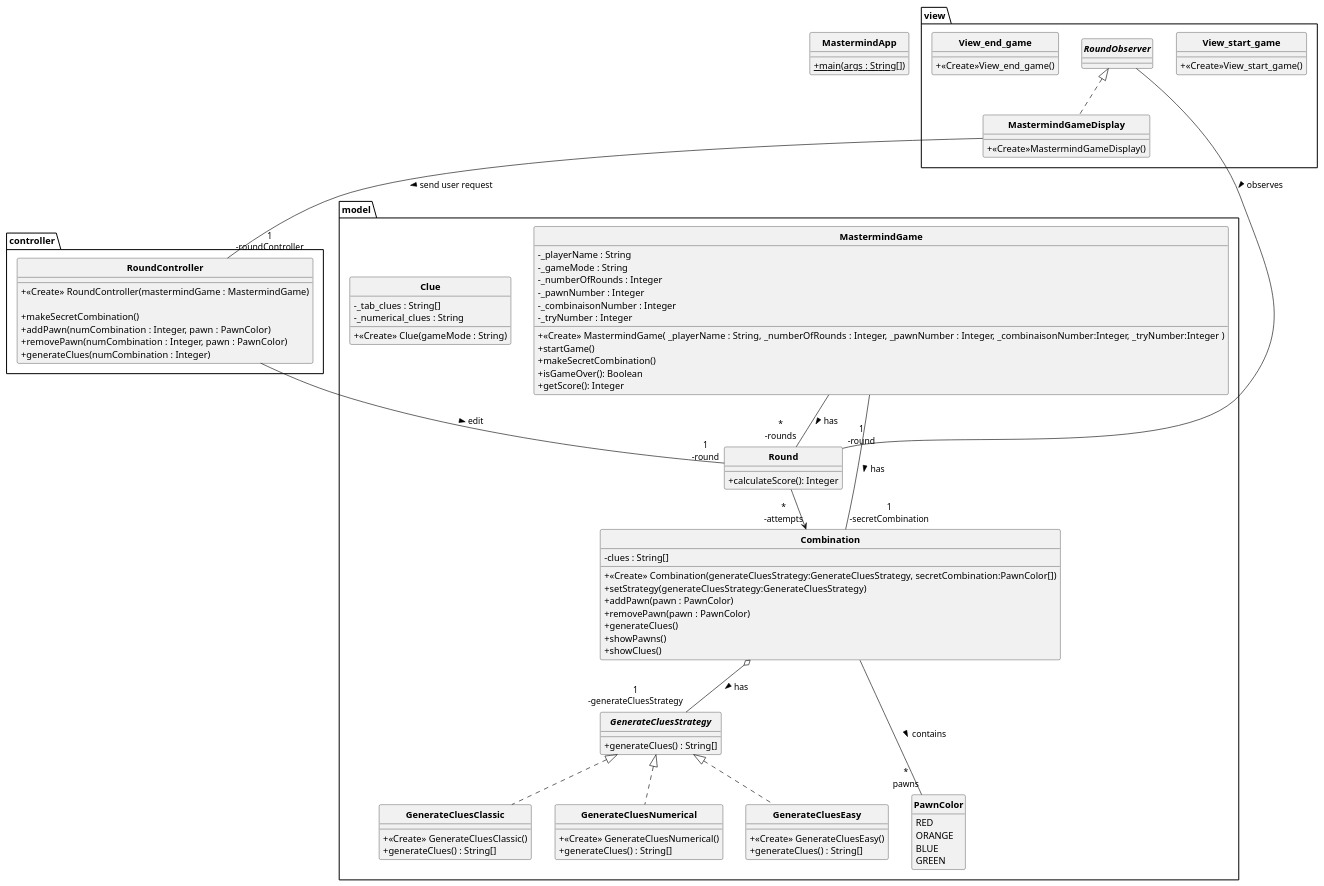
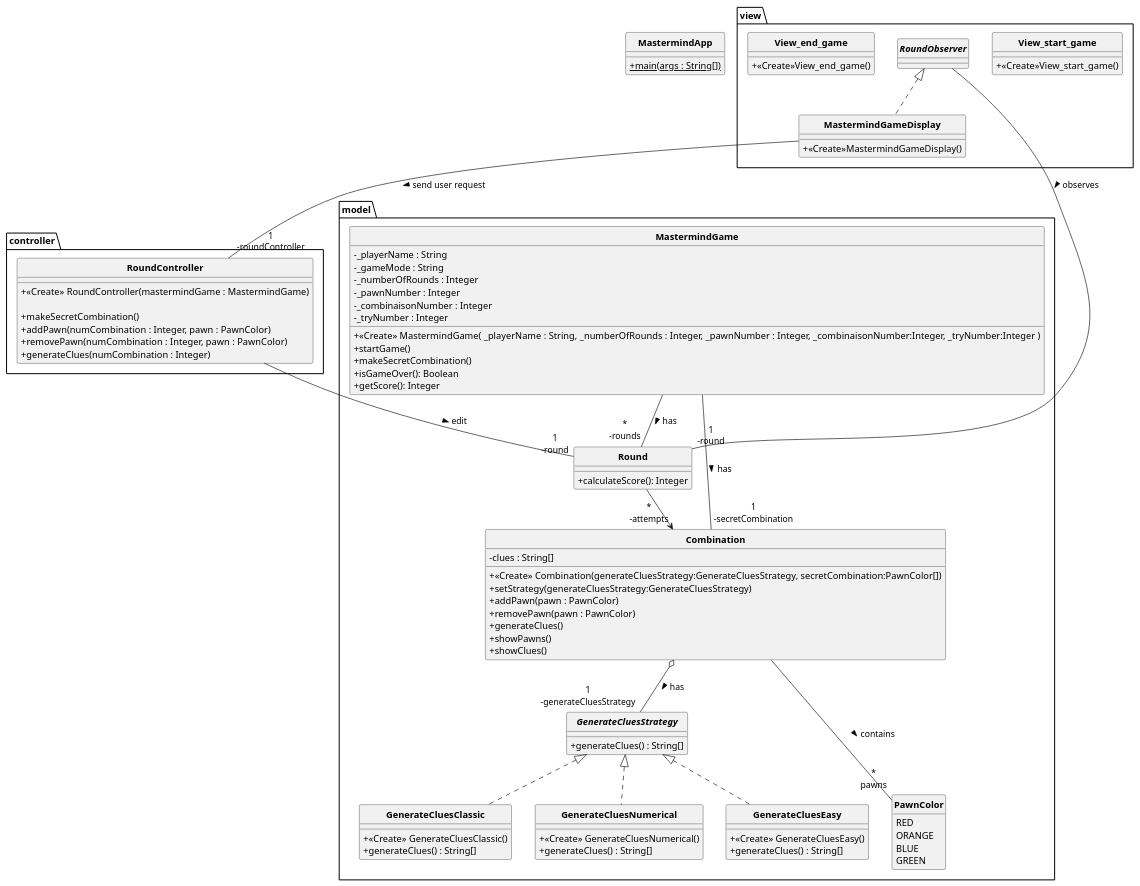
Before and after one commit to karimelkaid/Mastermind: the diagram in out/production/a31-mastermind/UML/DC.puml, drawn with PlantUML. The commit also changed 9 other files, not shown here.

```diff
--- a/out/production/a31-mastermind/UML/DC.puml
+++ b/out/production/a31-mastermind/UML/DC.puml
@@ -1,139 +1,131 @@
 @startuml
 'https://plantuml.com/class-diagram
 
 skinparam style strictuml
 skinparam classAttributeIconSize 0
 skinparam classFontStyle Bold
 hide enum methods
 
 class MastermindApp{
     + {static} main(args : String[])
 }
 
 ' ICI METTRE QUE LE MastermindApp INSTANCIE LES CLASSES ETC...
 
 
 package view{
     class View_start_game{
         + <<Create>>View_start_game()
     }
 
     class MastermindGameDisplay implements RoundObserver{
         + <<Create>>MastermindGameDisplay()
     }
 
     class View_end_game{
         + <<Create>>View_end_game()
     }
 
     interface RoundObserver{
 
     }
 }
 
 package model{
     class MastermindGame {
     - _playerName : String
     - _gameMode : String
     - _numberOfRounds : Integer
     - _pawnNumber : Integer
     - _combinaisonNumber : Integer
     - _tryNumber : Integer
 
     + <<Create>> MastermindGame( _playerName : String, _numberOfRounds : Integer, _pawnNumber : Integer, _combinaisonNumber:Integer, _tryNumber:Integer )
       + startGame()
       + makeSecretCombination()
       + isGameOver(): Boolean
       + getScore(): Integer
     }
 
     class Round {
       + calculateScore(): Integer
     }
 
     class Combination{
         - clues : String[]
         + <<Create>> Combination(generateCluesStrategy:GenerateCluesStrategy, secretCombination:PawnColor[])
         + setStrategy(generateCluesStrategy:GenerateCluesStrategy)
         + addPawn(pawn : PawnColor)
         + removePawn(pawn : PawnColor)
         + generateClues()
         + showPawns()
         + showClues()
     }
 
     interface GenerateCluesStrategy
     {
         + generateClues() : String[]
     }
 
     Combination o-- "1\n-generateCluesStrategy" GenerateCluesStrategy : has >
 
     class GenerateCluesEasy implements GenerateCluesStrategy
     {
         + <<Create>> GenerateCluesEasy()
         + generateClues() : String[]
     }
 
     class GenerateCluesClassic implements GenerateCluesStrategy
     {
         + <<Create>> GenerateCluesClassic()
         + generateClues() : String[]
     }
 
     class GenerateCluesNumerical implements GenerateCluesStrategy
     {
         + <<Create>> GenerateCluesNumerical()
         + generateClues() : String[]
     }
 
-
-    class Clue{
-        - _tab_clues : String[]
-        - _numerical_clues : String
-        + <<Create>> Clue(gameMode : String)
-    }
-
-
     enum PawnColor{
         RED
         ORANGE
         BLUE
         GREEN
     }
 
 
 }
 
 package controller{
     class RoundController{
         + <<Create>> RoundController(mastermindGame : MastermindGame)
 
         + makeSecretCombination()
         + addPawn(numCombination : Integer, pawn : PawnColor)
         + removePawn(numCombination : Integer, pawn : PawnColor)
         + generateClues(numCombination : Integer)
     }
 }
 
 MastermindGameDisplay --"1\n-roundController" RoundController : send user request >
 
 
 RoundController --"1\n-round" Round : edit >
 
 
 
 RoundObserver ---"1\n-round" Round : observes >
 
 
 
 MastermindGame --"*\n-rounds" Round : has >
 MastermindGame --"1\n-secretCombination" Combination : has >
 
 
 
 Combination ---"*\npawns" PawnColor : contains >
 
 Round --> "*\n-attempts" Combination
 
 @enduml
```
